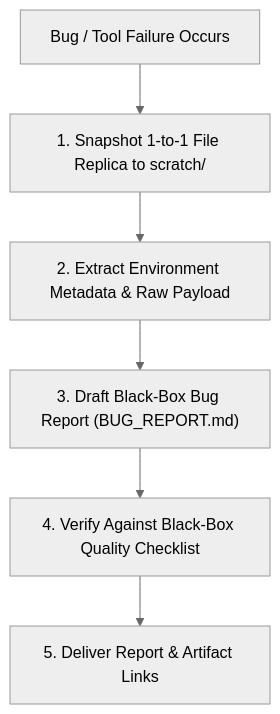
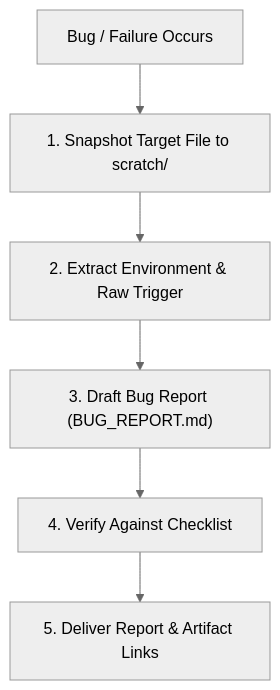
Before and after one commit to loerei/myskills: the diagram in productivity/write-a-bug-report/SKILL.md, drawn with Mermaid (neutral theme). The commit also changed other lines of this file, not shown here.

Commit message:
refactor(skill): streamline write-a-bug-report frontmatter and eliminate redundant prose

````diff
--- a/productivity/write-a-bug-report/SKILL.md
+++ b/productivity/write-a-bug-report/SKILL.md
@@ -19,8 +16,8 @@
 ```mermaid
 flowchart TD
-    Start["Bug / Tool Failure Occurs"] --> Snapshot["1. Snapshot 1-to-1 File Replica to scratch/"]
-    Snapshot --> Extract["2. Extract Environment Metadata & Raw Payload"]
-    Extract --> Draft["3. Draft Black-Box Bug Report (BUG_REPORT.md)"]
-    Draft --> Verify["4. Verify Against Black-Box Quality Checklist"]
+    Start["Bug / Failure Occurs"] --> Snapshot["1. Snapshot Target File to scratch/"]
+    Snapshot --> Extract["2. Extract Environment & Raw Trigger"]
+    Extract --> Draft["3. Draft Bug Report (BUG_REPORT.md)"]
+    Draft --> Verify["4. Verify Against Checklist"]
     Verify --> Deliver["5. Deliver Report & Artifact Links"]
 ```
````
